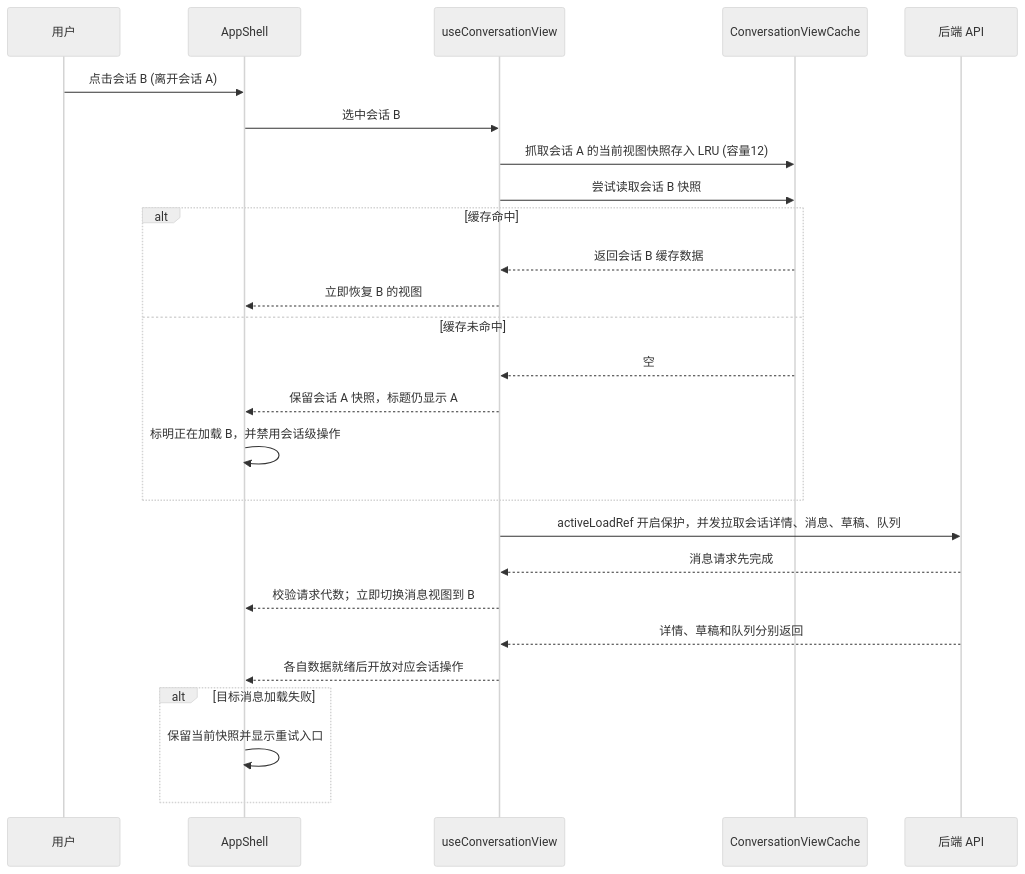
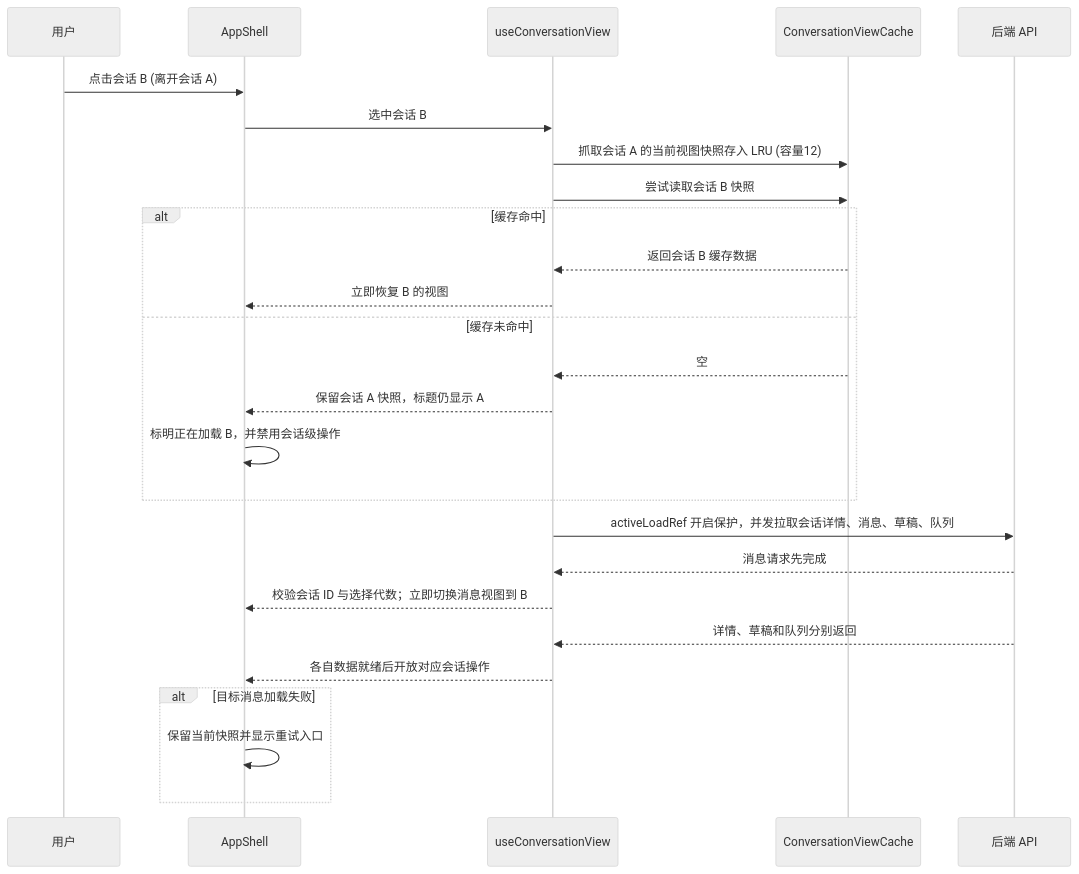
One commit to ermu03/emu-chat changed the third of 7 diagrams in docs/07-data-flow.md. Above: the diagram before and after it, drawn with Mermaid (neutral theme). The commit also changed other lines of this file and 11 other files, not shown here.

````diff
--- a/docs/07-data-flow.md
+++ b/docs/07-data-flow.md
@@ -87,31 +87,31 @@
 ```mermaid
 sequenceDiagram
     participant User as 用户
     participant AppShell as AppShell
     participant View as useConversationView
     participant Cache as ConversationViewCache
     participant API as 后端 API
 
     User->>AppShell: 点击会话 B (离开会话 A)
     AppShell->>View: 选中会话 B
     View->>Cache: 抓取会话 A 的当前视图快照存入 LRU (容量12)
     View->>Cache: 尝试读取会话 B 快照
     
     alt 缓存命中
         Cache-->>View: 返回会话 B 缓存数据
         View-->>AppShell: 立即恢复 B 的视图
     else 缓存未命中
         Cache-->>View: 空
         View-->>AppShell: 保留会话 A 快照，标题仍显示 A
         AppShell->>AppShell: 标明正在加载 B，并禁用会话级操作
     end
 
     View->>API: activeLoadRef 开启保护，并发拉取会话详情、消息、草稿、队列
     API-->>View: 消息请求先完成
-    View-->>AppShell: 校验请求代数；立即切换消息视图到 B
+    View-->>AppShell: 校验会话 ID 与选择代数；立即切换消息视图到 B
     API-->>View: 详情、草稿和队列分别返回
     View-->>AppShell: 各自数据就绪后开放对应会话操作
     alt 目标消息加载失败
         AppShell->>AppShell: 保留当前快照并显示重试入口
     end
 ```
````
